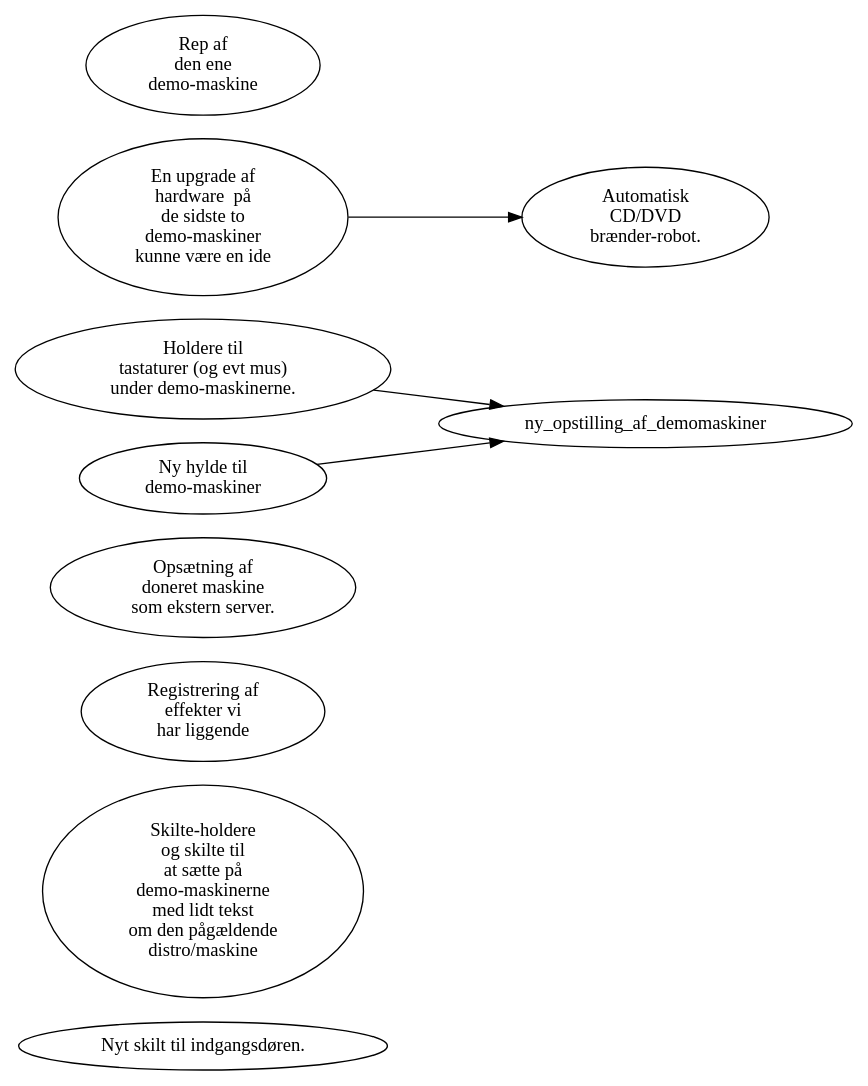
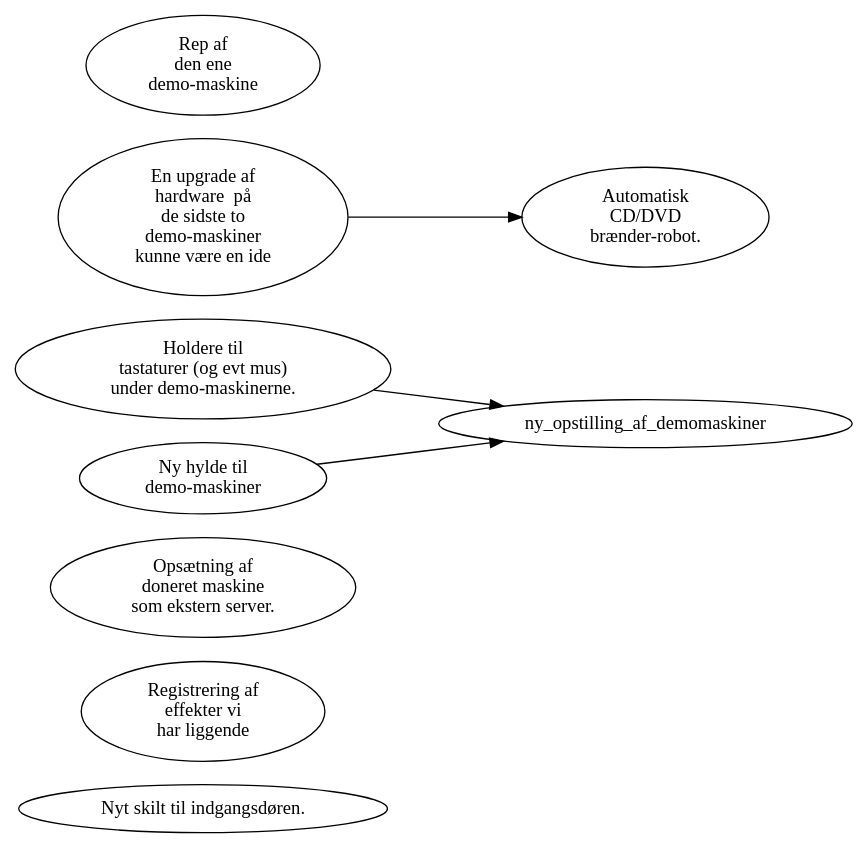
One commit to alslug/alslug.dk changed the diagram in faq/todo.dot. Above: the diagram before and after it, drawn with Graphviz.

```diff
--- a/faq/todo.dot
+++ b/faq/todo.dot
@@ -1,27 +1,26 @@
 digraph xxx {
     rankdir=LR;
     nyt_dørskilt [ label="Nyt skilt til indgangsdøren." ];
-    skilteholdere [ label="Skilte-holdere \n og skilte til \n at sætte på \n demo-maskinerne \n med lidt tekst \n om den pågældende \n distro/maskine" ];
     registerer_udstyr [ label="Registrering af \n effekter vi \n har liggende" ];
     ny_bootserver [ label="Opsætning af \n doneret maskine \n som ekstern server." ];
     
 
     lav_keyboard_holdere [ label="Holdere til \n tastaturer (og evt mus) \n under demo-maskinerne." ];
     hylde_til_demomaskiner [ label="Ny hylde til \n demo-maskiner" ];
     {lav_keyboard_holdere,hylde_til_demomaskiner} -> ny_opstilling_af_demomaskiner;
 
 
     upgrade_demomaskiner [ label="En upgrade af \n hardware  på \n de sidste to \n demo-maskiner \n kunne være en ide" ];
     rep_af_demomaskine [ label="Rep af \n den ene \n demo-maskine" ];
     cd_brænder [ label="Automatisk \n CD/DVD \n brænder-robot." ];
     upgrade_demomaskiner -> cd_brænder;
     
     node [ style=filled ];
     ////////////////////////////////////////////////////////////////////////////
     // Påbegyndt
     node [ fillcolor=yellow ];
     ////////////////////////////////////////////////////////////////////////////
     // Afsluttet
     node [ fillcolor=green ];
 
 }
```
